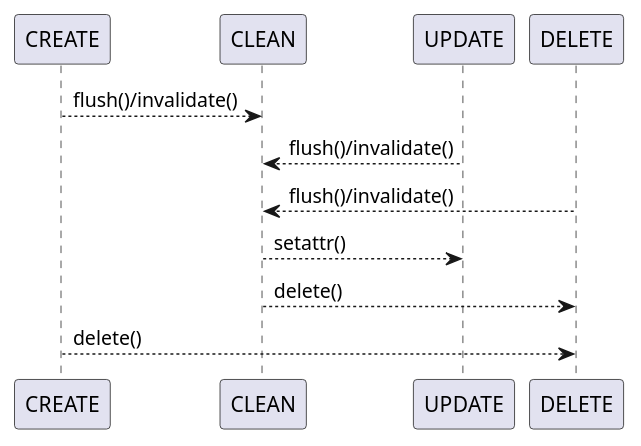
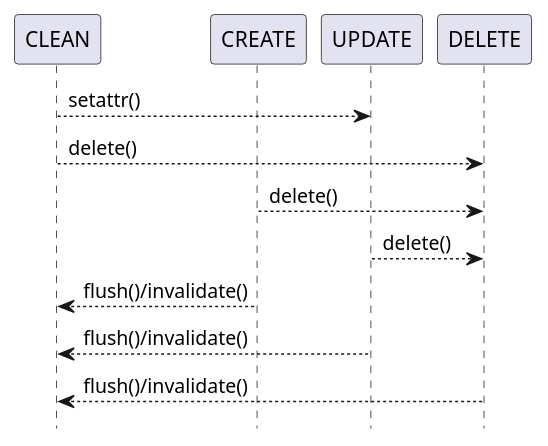
One commit to mm21/trilium-alchemy changed the diagram in doc/dev/design/entity-state.plantuml. Above: the diagram before and after it, drawn with PlantUML. The commit also changed 3 other files, not shown here.

Commit message:
Improve docs, add development roadmap

```diff
--- a/doc/dev/design/entity-state.plantuml
+++ b/doc/dev/design/entity-state.plantuml
@@ -1,10 +1,18 @@
 @startuml
 
+hide footbox
+
+participant CLEAN
+participant CREATE
+participant UPDATE
+participant DELETE
+
+CLEAN --> UPDATE : setattr()
+CLEAN --> DELETE : delete()
+CREATE --> DELETE : delete()
+UPDATE --> DELETE : delete()
 CREATE --> CLEAN : flush()/invalidate()
 UPDATE --> CLEAN : flush()/invalidate()
 DELETE --> CLEAN : flush()/invalidate()
-CLEAN --> UPDATE : setattr()
-CLEAN --> DELETE : delete()
-CREATE --> DELETE : delete()
 
 @enduml
```
